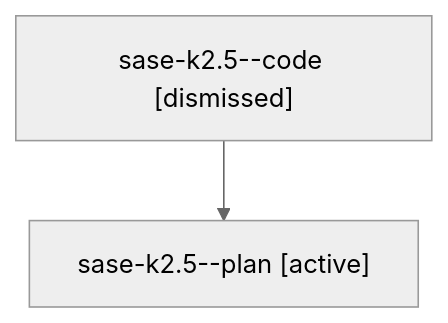
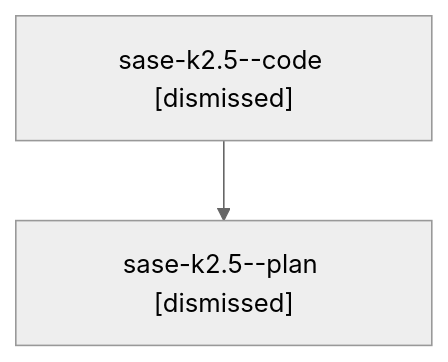
One commit to sase-org/sase--agents changed the diagram in sessions/bbugyi200.athena.sase-k2.5.md. Above: the diagram before and after it, drawn with Mermaid (neutral theme). The commit also changed other lines of this file and 82 other files, not shown here.

````diff
--- a/sessions/bbugyi200.athena.sase-k2.5.md
+++ b/sessions/bbugyi200.athena.sase-k2.5.md
@@ -9,6 +9,6 @@
 ```mermaid
 flowchart TD
   n0["sase-k2.5--code [dismissed]"]
-  n1["sase-k2.5--plan [active]"]
+  n1["sase-k2.5--plan [dismissed]"]
   n0 --> n1
 ```
````
